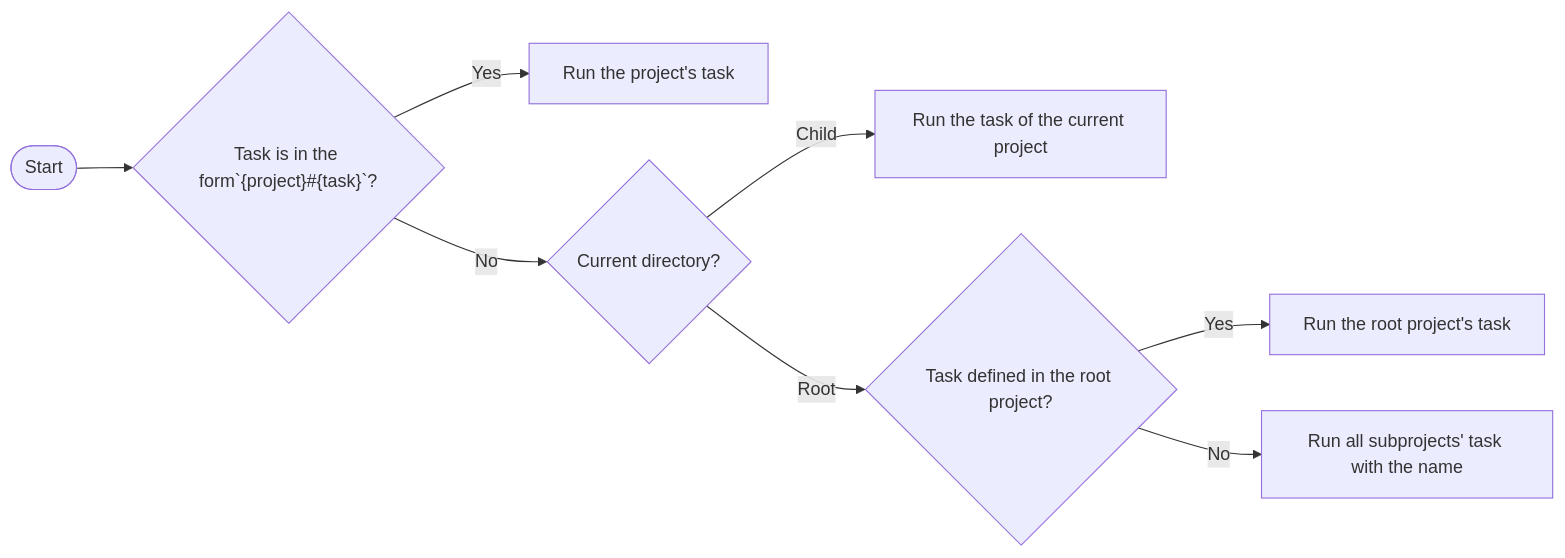
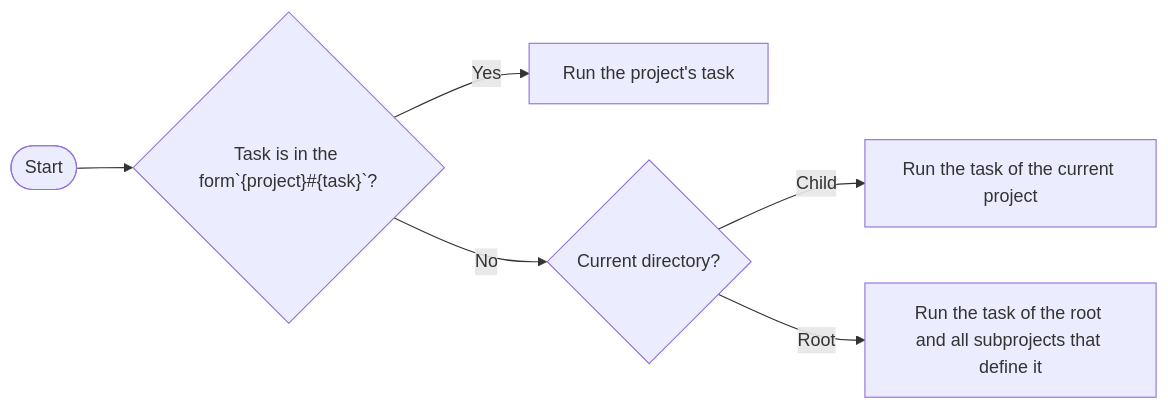
One commit to kota65535/firepit changed the diagram in docs/configuration.md. Above: the diagram before and after it, drawn with Mermaid. The commit also changed other lines of this file and 6 other files, not shown here.

First line of the commit message:
feat(cli)!: run a task named in the root in every project that has it (#485)

````diff
--- a/docs/configuration.md
+++ b/docs/configuration.md
@@ -857,11 +863,9 @@
 ```mermaid
 flowchart LR
     A(["Start"])
     A --> B{"Task is in the form`{project}#{task}`?"}
     B -->|Yes| C["Run the project's task"]
     B -->|No| D{"Current directory?"}
     D -->|Child| E["Run the task of the current project"]
-    D -->|Root| F{"Task defined in the root project?"}
-    F -->|Yes| G["Run the root project's task"]
-    F -->|No| H["Run all subprojects' task with the name"]
+    D -->|Root| F["Run the task of the root and all subprojects that define it"]
 ```
````
